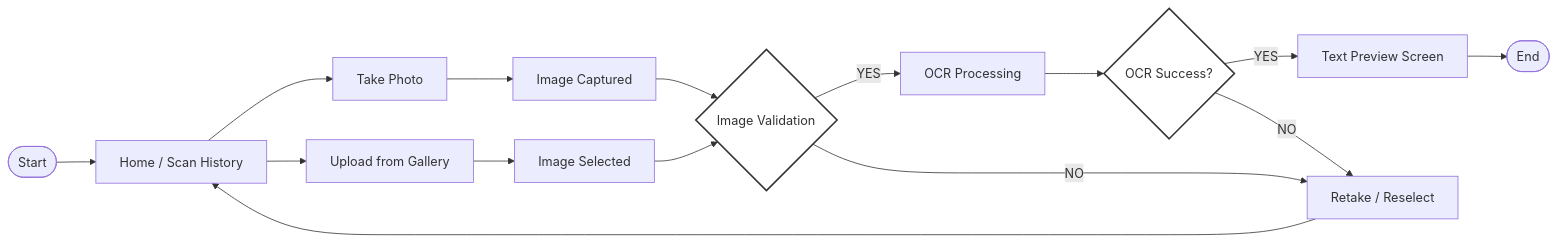
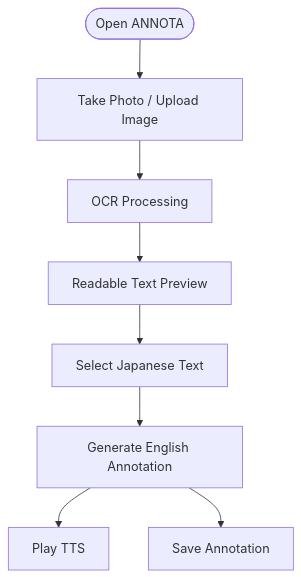
One commit to ventodeco/annota-gemini-hackathon-3 changed the second of 3 diagrams in docs/prd.md. Above: the diagram before and after it, drawn with Mermaid. The commit also changed other lines of this file and 3 other files, not shown here.

````diff
--- a/docs/prd.md
+++ b/docs/prd.md
@@ -178,26 +233,10 @@
 ```mermaid
-graph LR
-    Start([Start]) --> Home[Home / Scan History]
-    Home --> TakePhoto[Take Photo]
-    Home --> UploadGallery[Upload from Gallery]
-
-    TakePhoto --> ImageCaptured[Image Captured]
-    UploadGallery --> ImageSelected[Image Selected]
-
-    ImageCaptured --> Validation{Image Validation}
-    ImageSelected --> Validation
-
-    Validation -- YES --> OCR[OCR Processing]
-    Validation -- NO --> Retake[Retake / Reselect]
-
-    OCR --> OCRSuccess{OCR Success?}
-
-    OCRSuccess -- YES --> TextPreview[Text Preview Screen]
-    OCRSuccess -- NO --> Retake
-
-    Retake --> Home
-    TextPreview --> End([End])
-
-    style Validation fill:#fff,stroke:#333,stroke-width:2px
-    style OCRSuccess fill:#fff,stroke:#333,stroke-width:2px
+graph TD
+    Start([Open ANNOTA]) --> Capture[Take Photo / Upload Image]
+    Capture --> OCR[OCR Processing]
+    OCR --> TextPreview[Readable Text Preview]
+    TextPreview --> Select[Select Japanese Text]
+    Select --> Explain[Generate English Annotation]
+    Explain --> Listen[Play TTS]
+    Explain --> Save[Save Annotation]
 ```
````
